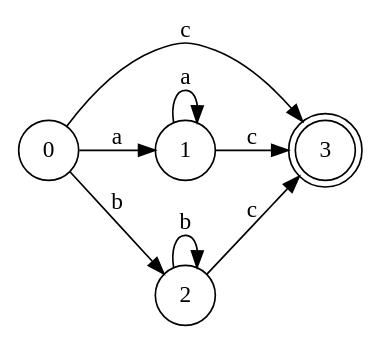
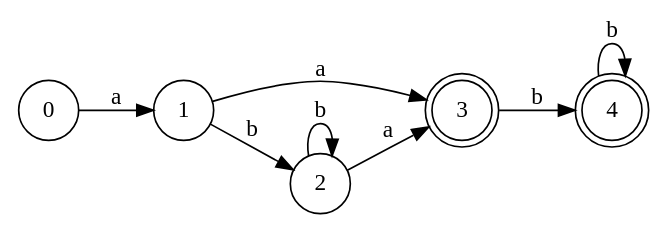
The diagram in fsam.gv (gusta257/Compis1), drawn with Graphviz before and after one commit. The commit also changed 6 other files, not shown here.

```diff
--- a/fsam.gv
+++ b/fsam.gv
@@ -1,19 +1,21 @@
 digraph finite_state_machine {
 	rankdir=LR size="8,5"
 	node [shape=doublecircle]
 	3
+	node [shape=doublecircle]
+	4
 	node [shape=circle]
 	0 -> 1 [label=a]
 	node [shape=circle]
-	0 -> 2 [label=b]
+	1 -> 2 [label=b]
 	node [shape=circle]
-	0 -> 3 [label=c]
-	node [shape=circle]
-	1 -> 1 [label=a]
-	node [shape=circle]
-	1 -> 3 [label=c]
+	1 -> 3 [label=a]
 	node [shape=circle]
 	2 -> 2 [label=b]
 	node [shape=circle]
-	2 -> 3 [label=c]
+	2 -> 3 [label=a]
+	node [shape=circle]
+	3 -> 4 [label=b]
+	node [shape=circle]
+	4 -> 4 [label=b]
 }
```
